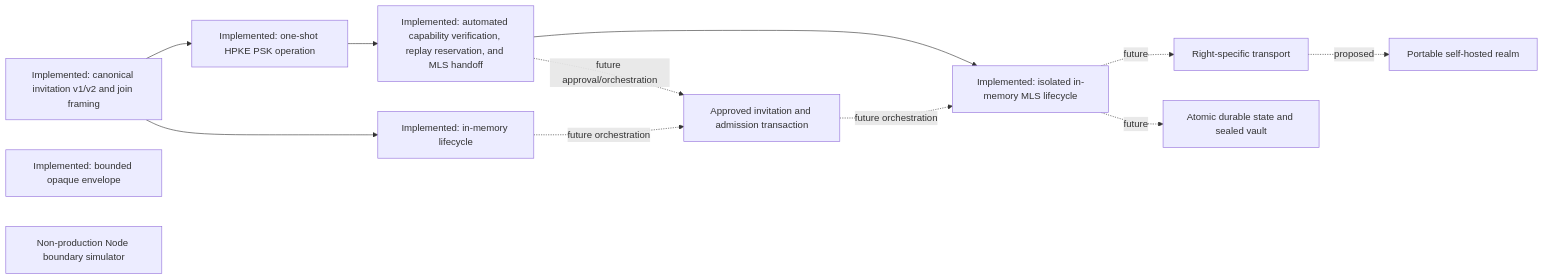
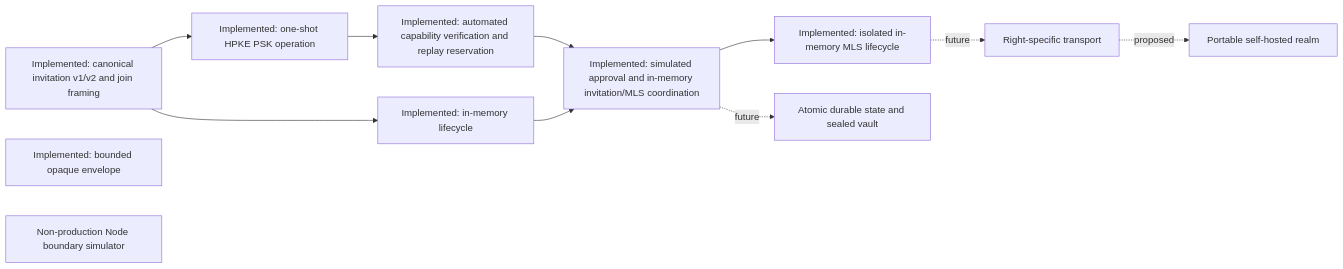
The diagram in docs/INDEPENDENT_AUDIT_BRIEF.md (dills122/session-chat), drawn with Mermaid before and after one commit. The commit also changed other lines of this file and 20 other files, not shown here.

Commit message:
feat: gate capability joins on approval

````diff
--- a/docs/INDEPENDENT_AUDIT_BRIEF.md
+++ b/docs/INDEPENDENT_AUDIT_BRIEF.md
@@ -78,16 +78,15 @@
 ```mermaid
 flowchart LR
   I["Implemented: canonical invitation v1/v2 and join framing"] --> P["Implemented: one-shot HPKE PSK operation"]
-  P --> C["Implemented: automated capability verification, replay reservation, and MLS handoff"]
+  P --> C["Implemented: automated capability verification and replay reservation"]
   I --> R["Implemented: in-memory lifecycle"]
   E["Implemented: bounded opaque envelope"]
   M["Implemented: isolated in-memory MLS lifecycle"]
   N["Non-production Node boundary simulator"]
-  C --> M
-  C -. future approval/orchestration .-> A["Approved invitation and admission transaction"]
-  R -. future orchestration .-> A
-  A -. future orchestration .-> M
+  C --> A["Implemented: simulated approval and in-memory invitation/MLS coordination"]
+  R --> A
+  A --> M
   M -. future .-> T["Right-specific transport"]
-  M -. future .-> V["Atomic durable state and sealed vault"]
+  A -. future .-> V["Atomic durable state and sealed vault"]
   T -. proposed .-> H["Portable self-hosted realm"]
 ```
````
